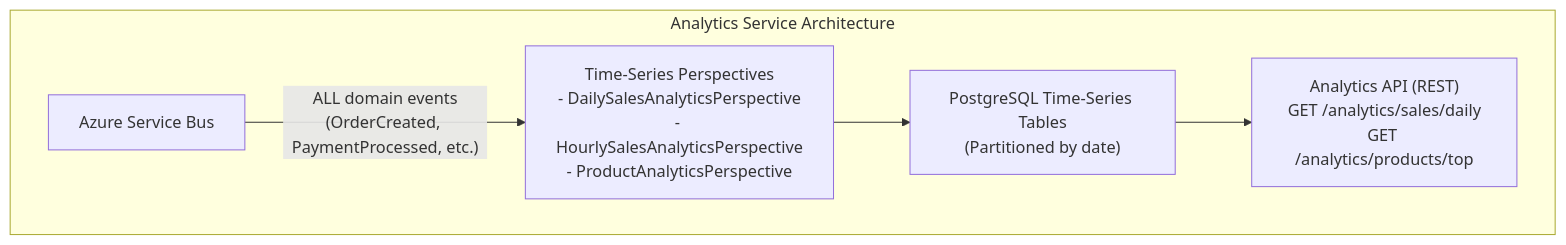
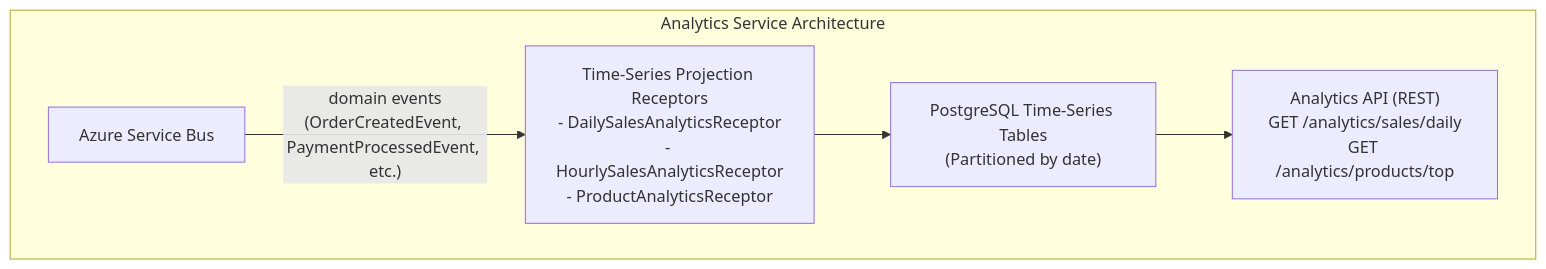
One commit to whizbang-lib/whizbang-lib.github.io changed the diagram in src/assets/docs/v1.0.0/learn/tutorial/analytics-service.md. Above: the diagram before and after it, drawn with Mermaid. The commit also changed other lines of this file and 48 other files, not shown here.

````diff
--- a/src/assets/docs/v1.0.0/learn/tutorial/analytics-service.md
+++ b/src/assets/docs/v1.0.0/learn/tutorial/analytics-service.md
@@ -34,18 +35,18 @@
 ```mermaid
 flowchart TD
     subgraph ASA["Analytics Service Architecture"]
         ASB["Azure Service Bus"]
-        Perspectives["Time-Series Perspectives<br/>- DailySalesAnalyticsPerspective<br/>- HourlySalesAnalyticsPerspective<br/>- ProductAnalyticsPerspective"]
+        Receptors["Time-Series Projection Receptors<br/>- DailySalesAnalyticsReceptor<br/>- HourlySalesAnalyticsReceptor<br/>- ProductAnalyticsReceptor"]
         Tables["PostgreSQL Time-Series Tables<br/>(Partitioned by date)"]
         API["Analytics API (REST)<br/>GET /analytics/sales/daily<br/>GET /analytics/products/top"]
 
-        ASB -->|"ALL domain events<br/>(OrderCreated, PaymentProcessed, etc.)"| Perspectives
-        Perspectives --> Tables
+        ASB -->|"domain events<br/>(OrderCreatedEvent, PaymentProcessedEvent, etc.)"| Receptors
+        Receptors --> Tables
         Tables --> API
     end
 
     class ASB layer-command
-    class Perspectives layer-read
+    class Receptors layer-read
     class Tables layer-event
     class API layer-core
 ```
````
